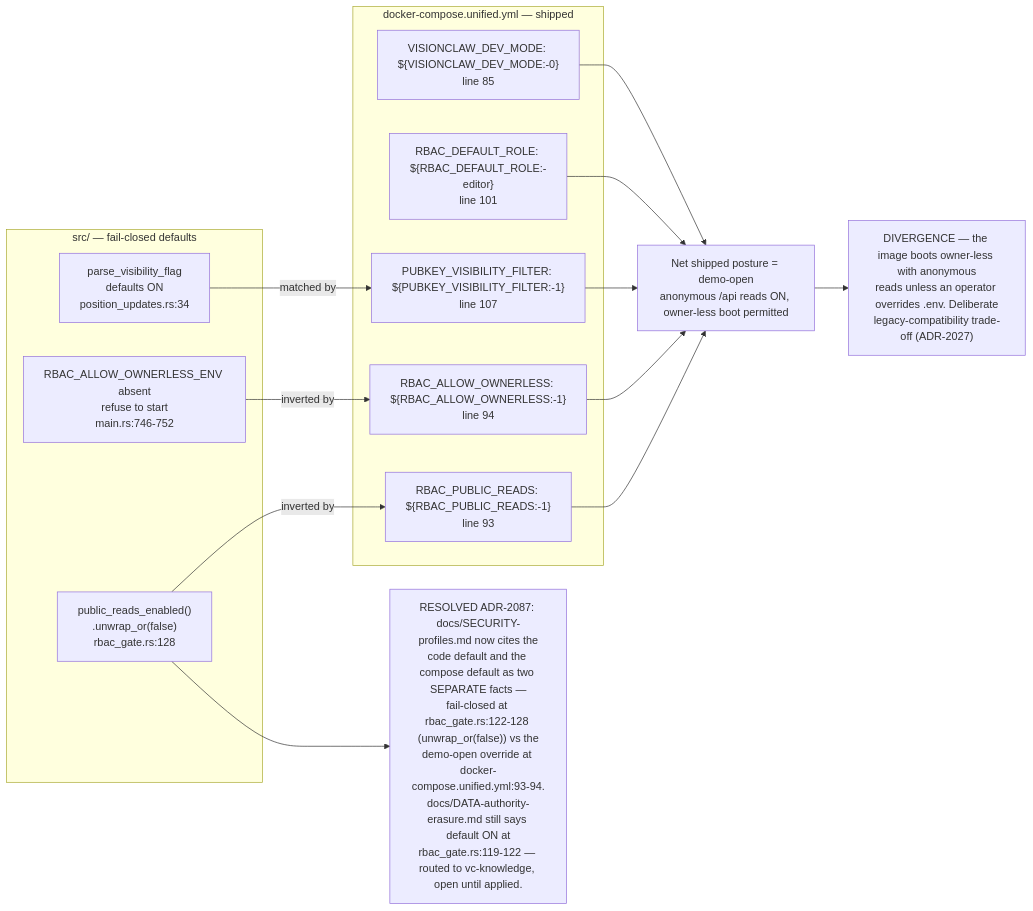
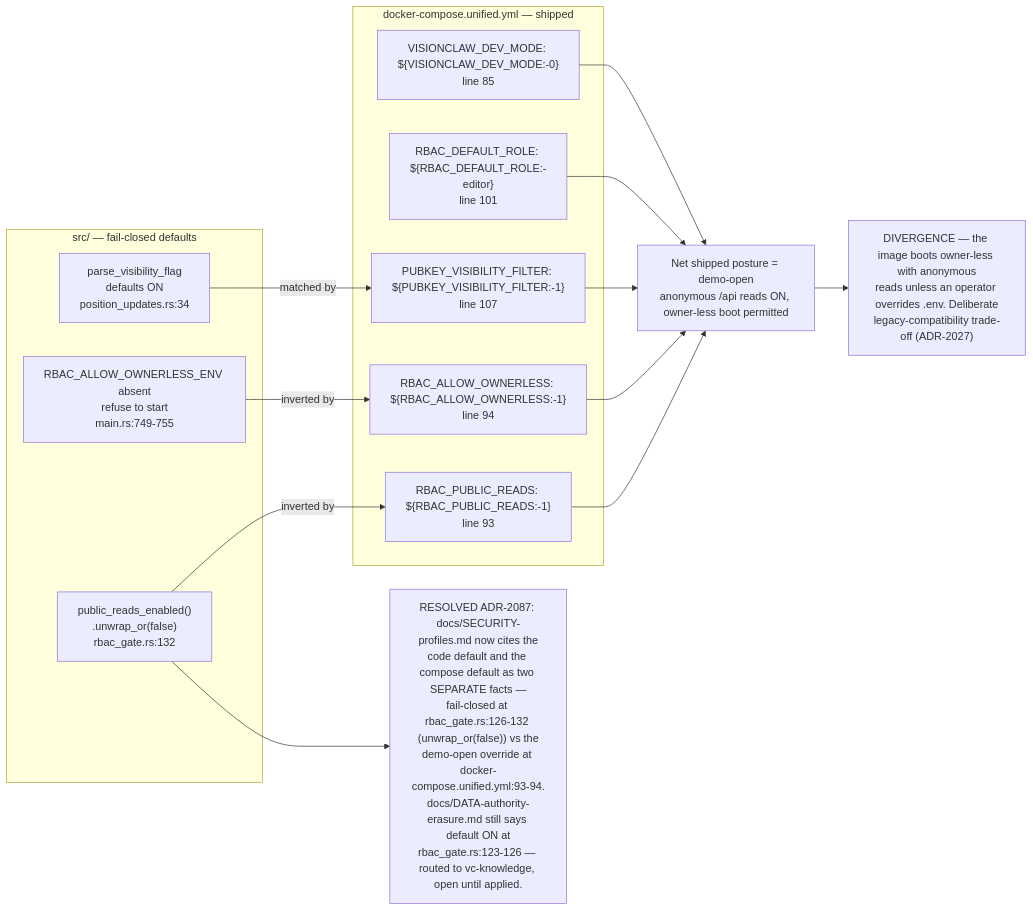
The third of 10 diagrams in docs/diagrams/estate/10-deployment-and-security-profiles.md (DreamLab-AI/AR-AI-Knowledge-Graph), drawn with Mermaid before and after one commit. The commit also changed other lines of this file and 73 other files, not shown here.

First line of the commit message:
docs(diagrams): re-verify all 71 topic files against HEAD; add --cite-check

````diff
--- a/docs/diagrams/estate/10-deployment-and-security-profiles.md
+++ b/docs/diagrams/estate/10-deployment-and-security-profiles.md
@@ -122,29 +122,29 @@
 ```mermaid
 flowchart LR
     subgraph codeside["src/ — fail-closed defaults"]
-        A1["public_reads_enabled()<br/>.unwrap_or(false)<br/>rbac_gate.rs:128"]
-        A2["RBAC_ALLOW_OWNERLESS_ENV absent<br/>refuse to start<br/>main.rs:746-752"]
+        A1["public_reads_enabled()<br/>.unwrap_or(false)<br/>rbac_gate.rs:132"]
+        A2["RBAC_ALLOW_OWNERLESS_ENV absent<br/>refuse to start<br/>main.rs:749-755"]
         A3["parse_visibility_flag<br/>defaults ON<br/>position_updates.rs:34"]
     end
     subgraph composeside["docker-compose.unified.yml — shipped"]
         B1["RBAC_PUBLIC_READS: ${RBAC_PUBLIC_READS:-1}<br/>line 93"]
         B2["RBAC_ALLOW_OWNERLESS: ${RBAC_ALLOW_OWNERLESS:-1}<br/>line 94"]
         B3["PUBKEY_VISIBILITY_FILTER: ${PUBKEY_VISIBILITY_FILTER:-1}<br/>line 107"]
         B4["RBAC_DEFAULT_ROLE: ${RBAC_DEFAULT_ROLE:-editor}<br/>line 101"]
         B5["VISIONCLAW_DEV_MODE: ${VISIONCLAW_DEV_MODE:-0}<br/>line 85"]
     end
     NET["Net shipped posture = demo-open<br/>anonymous /api reads ON, owner-less boot permitted"]
     DRIFT1["DIVERGENCE — the image boots owner-less with anonymous<br/>reads unless an operator overrides .env. Deliberate<br/>legacy-compatibility trade-off (ADR-2027)"]
-    DRIFT2["RESOLVED ADR-2087: docs/SECURITY-profiles.md now cites the<br/>code default and the compose default as two SEPARATE facts —<br/>fail-closed at rbac_gate.rs:122-128 (unwrap_or(false)) vs the<br/>demo-open override at docker-compose.unified.yml:93-94.<br/>docs/DATA-authority-erasure.md still says default ON at<br/>rbac_gate.rs:119-122 — routed to vc-knowledge, open until applied."]
+    DRIFT2["RESOLVED ADR-2087: docs/SECURITY-profiles.md now cites the<br/>code default and the compose default as two SEPARATE facts —<br/>fail-closed at rbac_gate.rs:126-132 (unwrap_or(false)) vs the<br/>demo-open override at docker-compose.unified.yml:93-94.<br/>docs/DATA-authority-erasure.md still says default ON at<br/>rbac_gate.rs:123-126 — routed to vc-knowledge, open until applied."]
 
     A1 -- "inverted by" --> B1
     A2 -- "inverted by" --> B2
     A3 -- "matched by" --> B3
     B1 --> NET
     B2 --> NET
     B3 --> NET
     B4 --> NET
     B5 --> NET
     NET --> DRIFT1
     A1 --> DRIFT2
 ```
````
